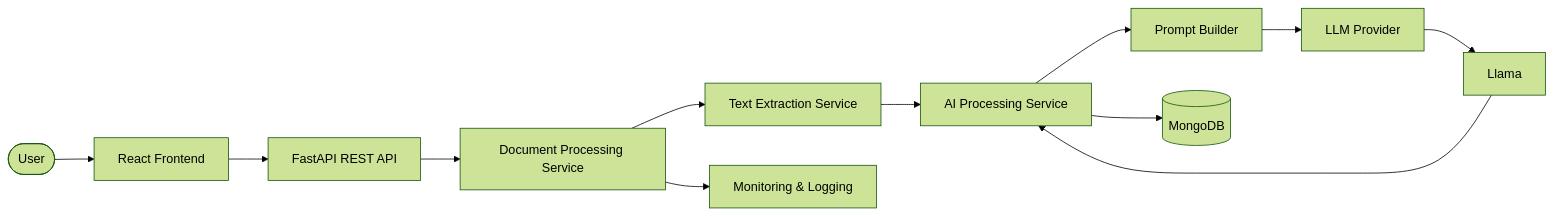
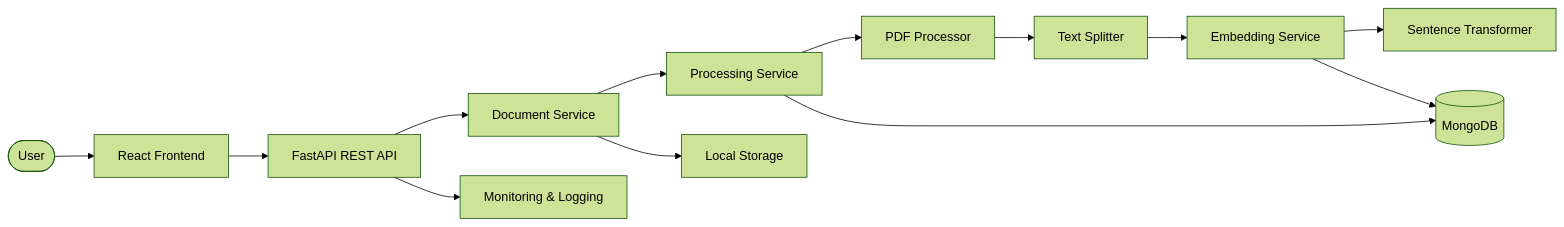
The first of 2 diagrams in README.md (onica-lorena/document-intelligence-platform), drawn with Mermaid (forest theme) before and after one commit. The commit also changed other lines of this file, not shown here.

````diff
--- a/README.md
+++ b/README.md
@@ -117,47 +108,51 @@
 ```mermaid
 flowchart LR
 
     User([User])
 
     Frontend["React Frontend"]
 
     API["FastAPI REST API"]
 
-    DPS["Document Processing Service"]
+    DocumentService["Document Service"]
 
-    Extract["Text Extraction Service"]
+    Processing["Processing Service"]
 
-    AI["AI Processing Service"]
+    PDF["PDF Processor"]
 
-    Prompt["Prompt Builder"]
+    Splitter["Text Splitter"]
 
-    Provider["LLM Provider"]
+    Embedding["Embedding Service"]
 
-    LLM["Llama"]
+    Model["Sentence Transformer"]
 
     Mongo[("MongoDB")]
+
+    Storage["Local Storage"]
 
     Monitor["Monitoring & Logging"]
 
     User --> Frontend
 
     Frontend --> API
 
-    API --> DPS
+    API --> DocumentService
 
-    DPS --> Extract
+    DocumentService --> Storage
 
-    Extract --> AI
+    DocumentService --> Processing
 
-    AI --> Prompt
+    Processing --> PDF
 
-    Prompt --> Provider
+    PDF --> Splitter
 
-    Provider --> LLM
+    Splitter --> Embedding
 
-    LLM --> AI
+    Embedding --> Model
 
-    AI --> Mongo
+    Embedding --> Mongo
 
-    DPS --> Monitor
+    Processing --> Mongo
+
+    API --> Monitor
 ```
````
